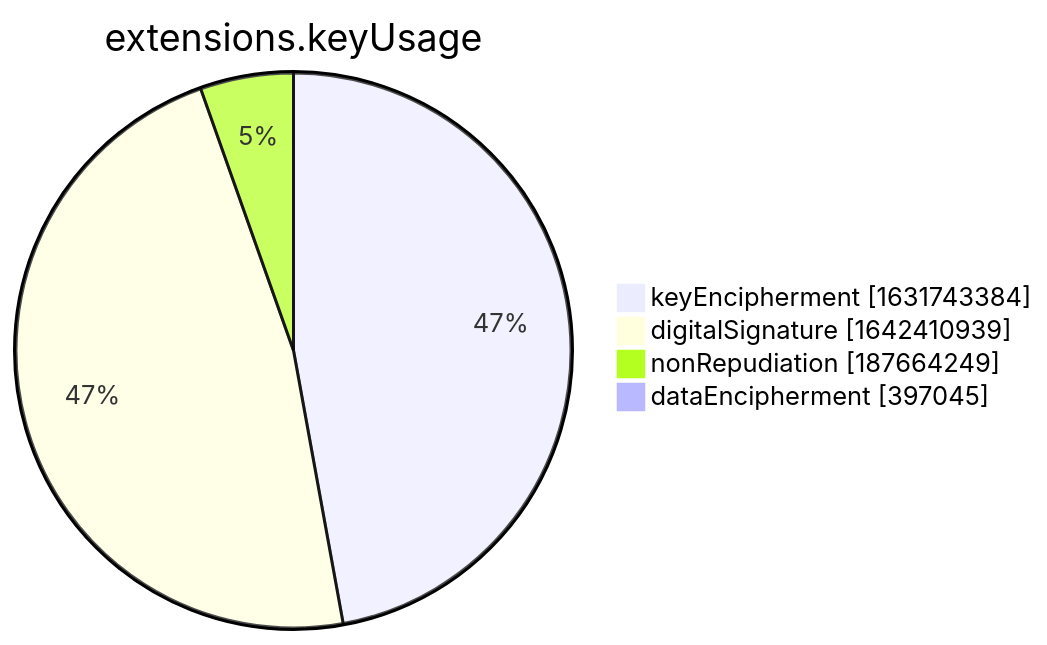
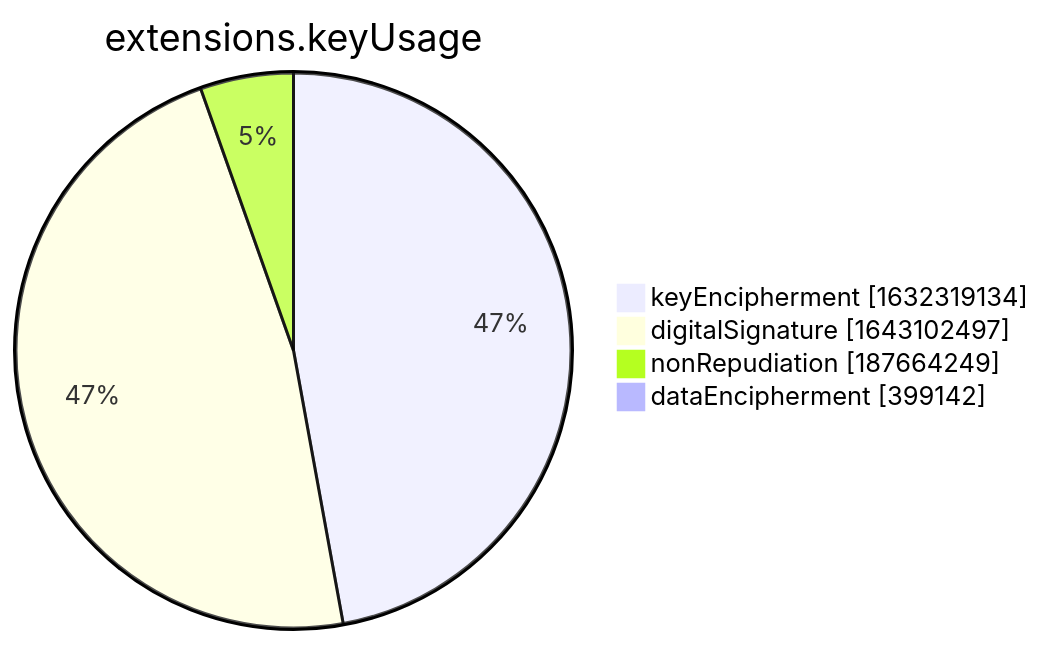
The seventh of 15 diagrams in xenon2022/README.md (christiankrug/ctmonitor_visualization), drawn with Mermaid before and after one commit. The commit also changed other lines of this file, not shown here.

````diff
--- a/xenon2022/README.md
+++ b/xenon2022/README.md
@@ -2855,8 +2855,8 @@
 ```mermaid
 pie showData
 title extensions.keyUsage
-"keyEncipherment" :1631743384
-"digitalSignature" :1642410939
+"keyEncipherment" :1632319134
+"digitalSignature" :1643102497
 "nonRepudiation" :187664249
-"dataEncipherment" :397045
+"dataEncipherment" :399142
 ```
````
